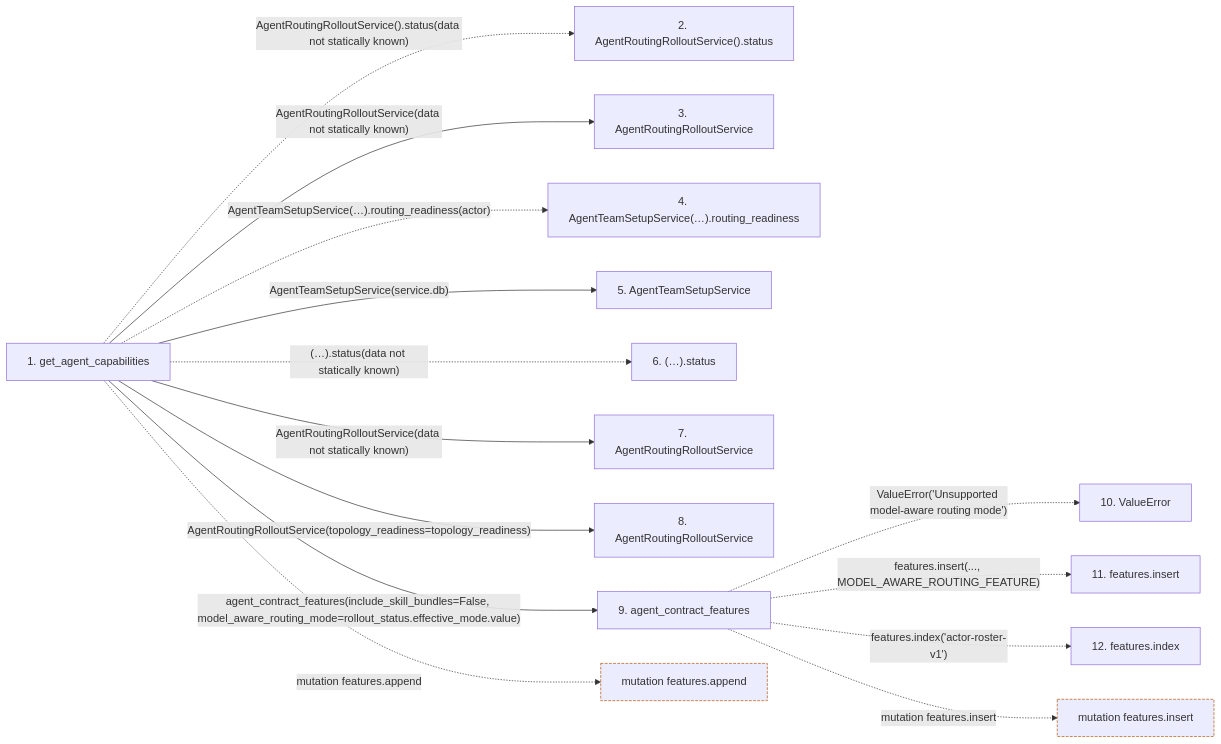
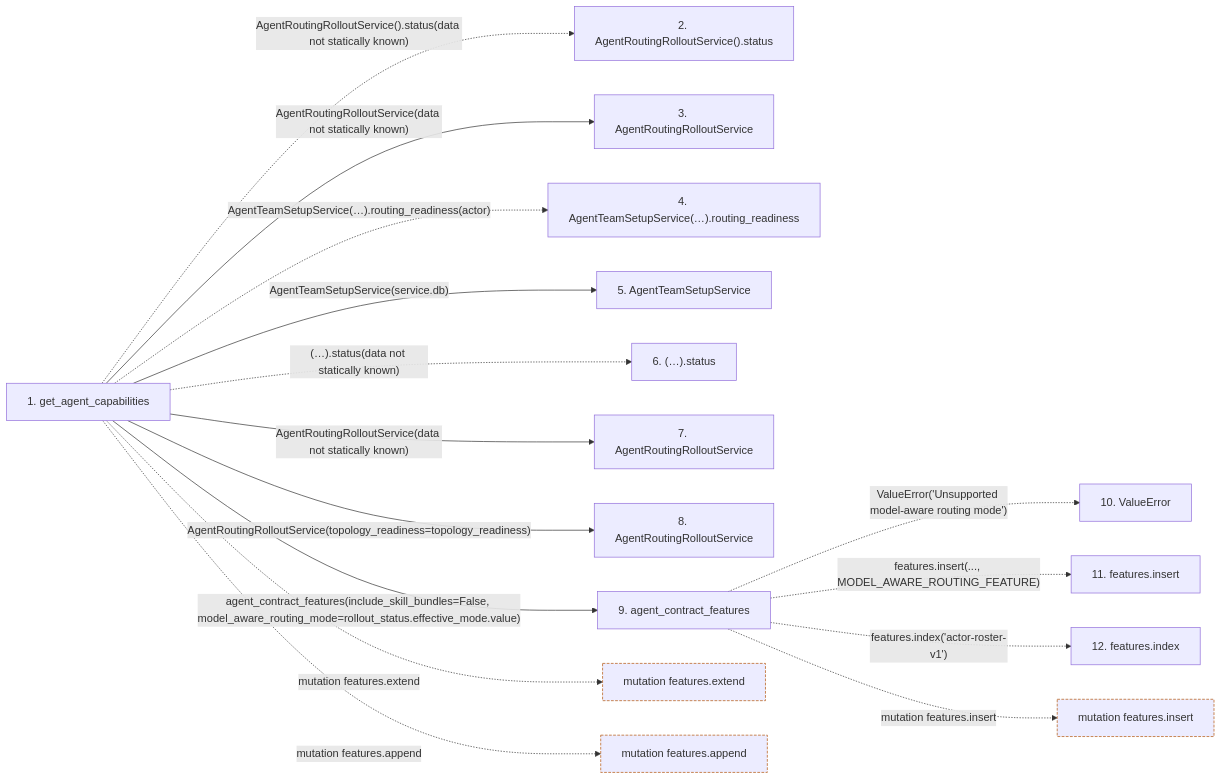
One commit to Denissvgn/WorkChord changed the second of 2 diagrams in docs/llm_wiki/flows/http-get_agent_capabilities.md. Above: the diagram before and after it, drawn with Mermaid. The commit also changed other lines of this file and 1238 other files, not shown here.

First line of the commit message:
docs(wiki): publish compact canonical domain architecture

````diff
--- a/docs/llm_wiki/flows/http-get_agent_capabilities.md
+++ b/docs/llm_wiki/flows/http-get_agent_capabilities.md
@@ -77,39 +90,42 @@
 ```mermaid
 flowchart LR
     s1["1. get_agent_capabilities"]
     s2["2. AgentRoutingRolloutService().status"]
     s3["3. AgentRoutingRolloutService"]
     s4["4. AgentTeamSetupService(…).routing_readiness"]
     s5["5. AgentTeamSetupService"]
     s6["6. (…).status"]
     s7["7. AgentRoutingRolloutService"]
     s8["8. AgentRoutingRolloutService"]
     s9["9. agent_contract_features"]
     s10["10. ValueError"]
     s11["11. features.insert"]
     s12["12. features.index"]
     s1 -. "AgentRoutingRolloutService().status(data not statically known)" .-> s2
     s1 -->|"AgentRoutingRolloutService(data not statically known)"| s3
     s1 -. "AgentTeamSetupService(…).routing_readiness(actor)" .-> s4
     s1 -->|"AgentTeamSetupService(service.db)"| s5
     s1 -. "(…).status(data not statically known)" .-> s6
     s1 -->|"AgentRoutingRolloutService(data not statically known)"| s7
     s1 -->|"AgentRoutingRolloutService(topology_readiness=topology_readiness)"| s8
     s1 -->|"agent_contract_features(include_skill_bundles=False, model_aware_routing_mode=rollout_status.effective_mode.value)"| s9
     s9 -. "ValueError('Unsupported model-aware routing mode')" .-> s10
     s9 -. "features.insert(..., MODEL_AWARE_ROUTING_FEATURE)" .-> s11
     s9 -. "features.index('actor-roster-v1')" .-> s12
-    b0["mutation features.append"]
-    s1 -. "mutation features.append" .-> b0
-    b1["mutation features.insert"]
-    s9 -. "mutation features.insert" .-> b1
+    b0["mutation features.extend"]
+    s1 -. "mutation features.extend" .-> b0
+    b1["mutation features.append"]
+    s1 -. "mutation features.append" .-> b1
+    b2["mutation features.insert"]
+    s9 -. "mutation features.insert" .-> b2
     click s1 "../modules/routers_agent.md"
     click s3 "../modules/agent_routing_rollout.md"
     click s5 "../modules/agent_team_setup_service.md"
     click s7 "../modules/agent_routing_rollout.md"
     click s8 "../modules/agent_routing_rollout.md"
     click s9 "../modules/agent_contract.md"
     classDef boundary stroke:#b45309,stroke-dasharray: 4 2
     class b0 boundary
     class b1 boundary
+    class b2 boundary
 ```
````
